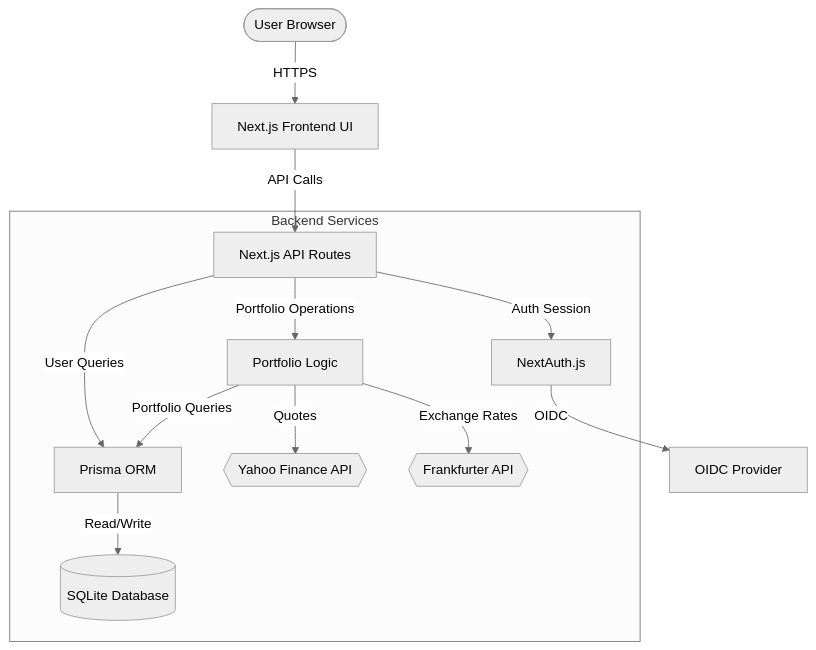
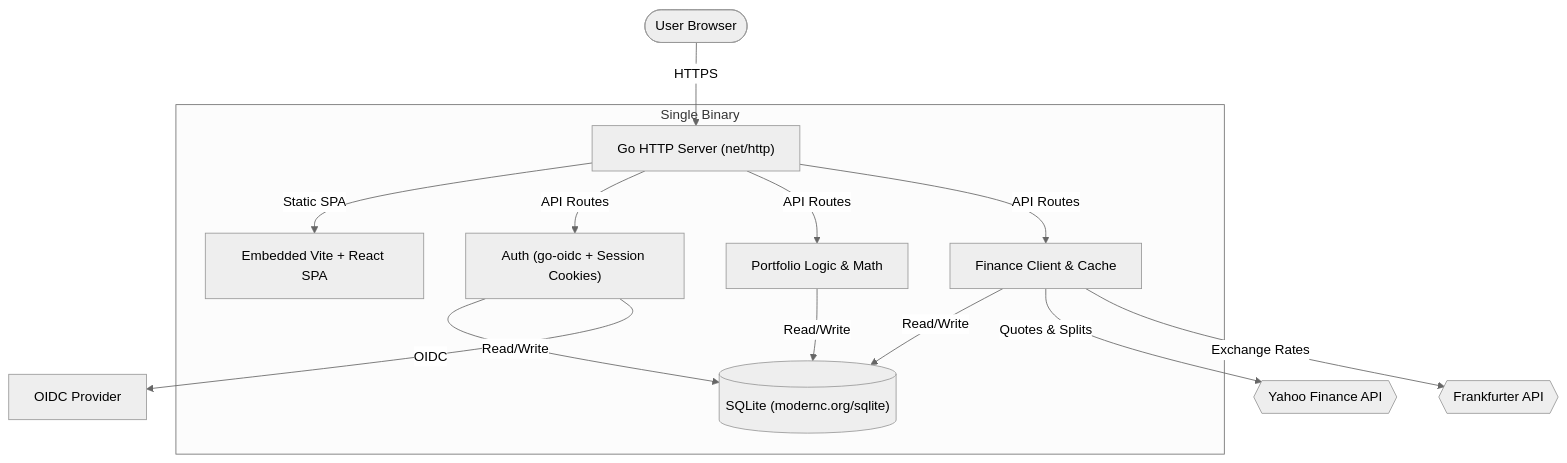
The diagram in README.md (gabay/hold), drawn with Mermaid (neutral theme) before and after one commit. The commit also changed other lines of this file and 65 other files, not shown here.

Commit message:
Phase 5: switch to Alpine Dockerfile, remove Next.js/Prisma, update docs

````diff
--- a/README.md
+++ b/README.md
@@ -195,18 +207,19 @@
 ```mermaid
 graph TD
-    User([User Browser]) -->|HTTPS| Frontend[Next.js Frontend UI]
-    Frontend -->|API Calls| Backend[Next.js API Routes]
+    User([User Browser]) -->|HTTPS| Server["Go HTTP Server (net/http)"]
 
-    subgraph Backend Services
-        Backend -->|Auth Session| NextAuth[NextAuth.js]
-        Backend -->|User Queries| Prisma[Prisma ORM]
-        Prisma -->|Read/Write| SQLite[(SQLite Database)]
+    subgraph Single Binary
+        Server -->|Static SPA| EmbeddedUI["Embedded Vite + React SPA"]
+        Server -->|API Routes| Auth["Auth (go-oidc + Session Cookies)"]
+        Server -->|API Routes| Portfolio["Portfolio Logic & Math"]
+        Server -->|API Routes| Finance["Finance Client & Cache"]
 
-        Backend -->|Portfolio Operations| Portfolio[Portfolio Logic]
-        Portfolio -->|Portfolio Queries| Prisma
-        Portfolio -->|Quotes| YahooFinance{{Yahoo Finance API}}
-        Portfolio -->|Exchange Rates| Frankfurter{{Frankfurter API}}
+        Auth -->|Read/Write| SQLite[("SQLite (modernc.org/sqlite)")]
+        Portfolio -->|Read/Write| SQLite
+        Finance -->|Read/Write| SQLite
     end
 
-    NextAuth -->|OIDC| ExternalOIDC[OIDC Provider]
+    Auth -->|OIDC| ExternalOIDC[OIDC Provider]
+    Finance -->|Quotes & Splits| YahooFinance{{Yahoo Finance API}}
+    Finance -->|Exchange Rates| Frankfurter{{Frankfurter API}}
 ```
````
